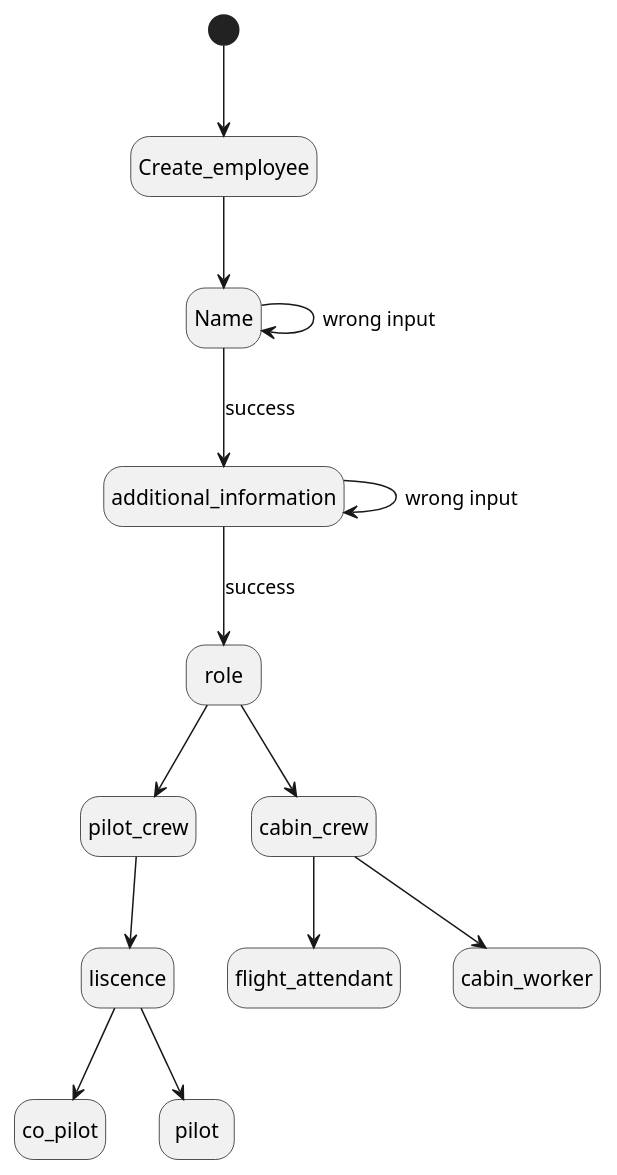
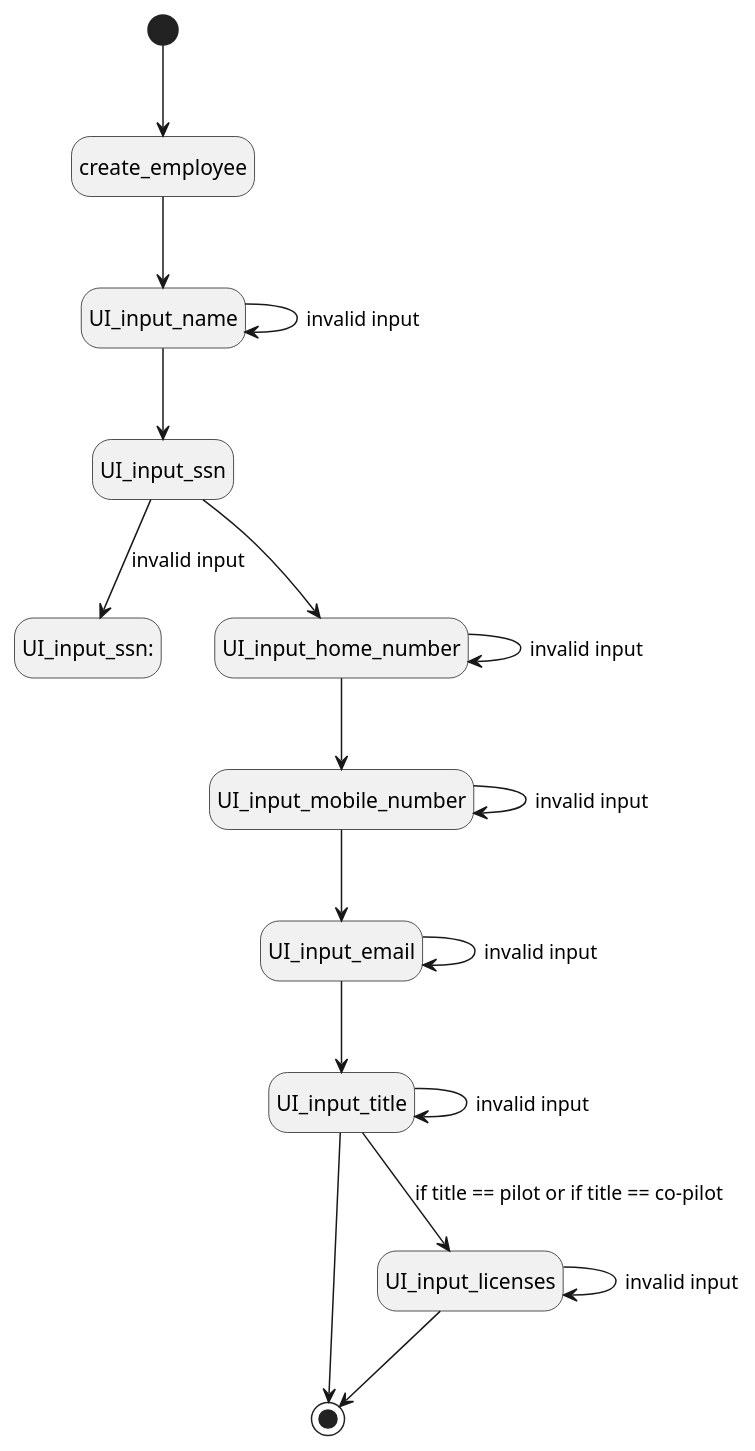
The diagram in state_diagrams/create_employee.puml (irmalexandra/vln1_chuck_nan), drawn with PlantUML before and after one commit. The commit also changed 4 other files, not shown here.

```diff
--- a/state_diagrams/create_employee.puml
+++ b/state_diagrams/create_employee.puml
@@ -1,19 +1,22 @@
 @startuml create employee
 hide empty description
 
 
-[*] --> Create_employee
-Create_employee --> Name
-Name --> Name :wrong input
-Name --> additional_information : success
-additional_information --> additional_information :wrong input
-additional_information --> role :success
-role --> pilot_crew
-role --> cabin_crew
-pilot_crew --> liscence
-liscence --> co_pilot
-liscence --> pilot
-cabin_crew --> flight_attendant
-cabin_crew --> cabin_worker
-
+[*] --> create_employee
+create_employee --> UI_input_name
+UI_input_name --> UI_input_name:invalid input
+UI_input_name --> UI_input_ssn
+UI_input_ssn --> UI_input_ssn::invalid input
+UI_input_ssn --> UI_input_home_number
+UI_input_home_number --> UI_input_home_number:invalid input
+UI_input_home_number --> UI_input_mobile_number
+UI_input_mobile_number --> UI_input_mobile_number:invalid input
+UI_input_mobile_number --> UI_input_email
+UI_input_email --> UI_input_email:invalid input
+UI_input_email --> UI_input_title
+UI_input_title --> UI_input_title:invalid input
+UI_input_title --> [*]
+UI_input_title --> UI_input_licenses: if title == pilot or if title == co-pilot
+UI_input_licenses --> UI_input_licenses: invalid input
+UI_input_licenses --> [*]
 @enduml
```
